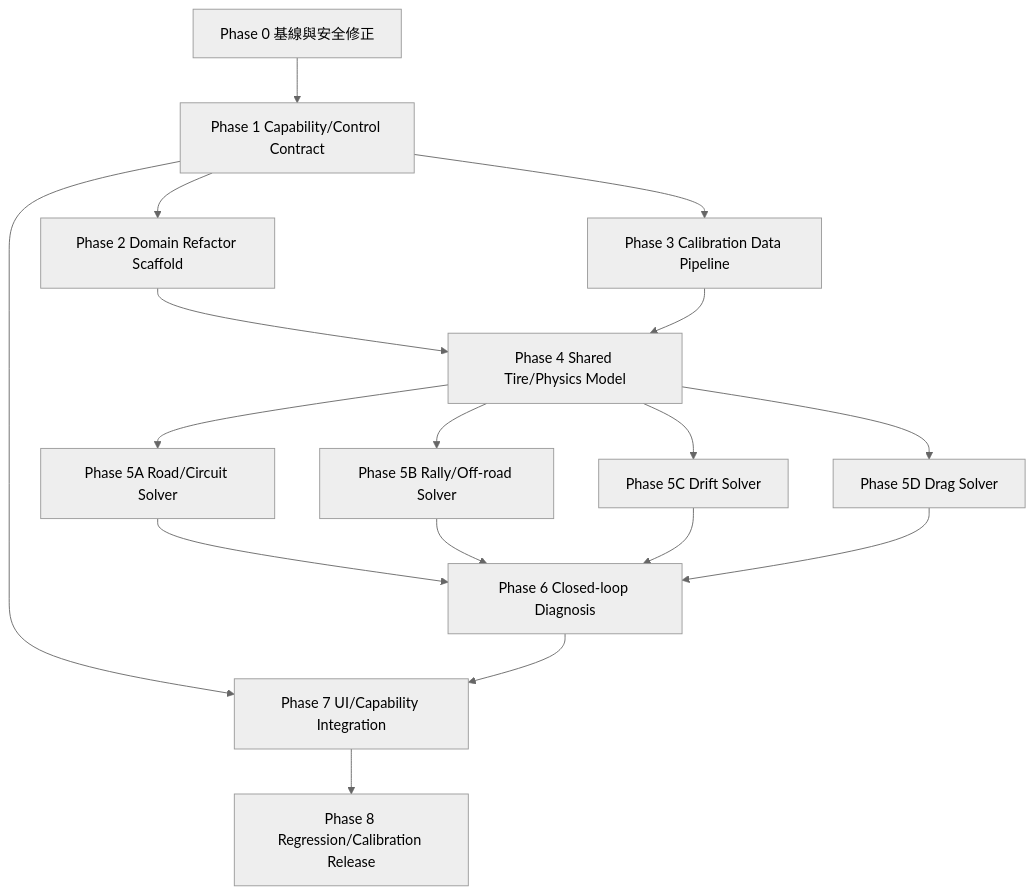
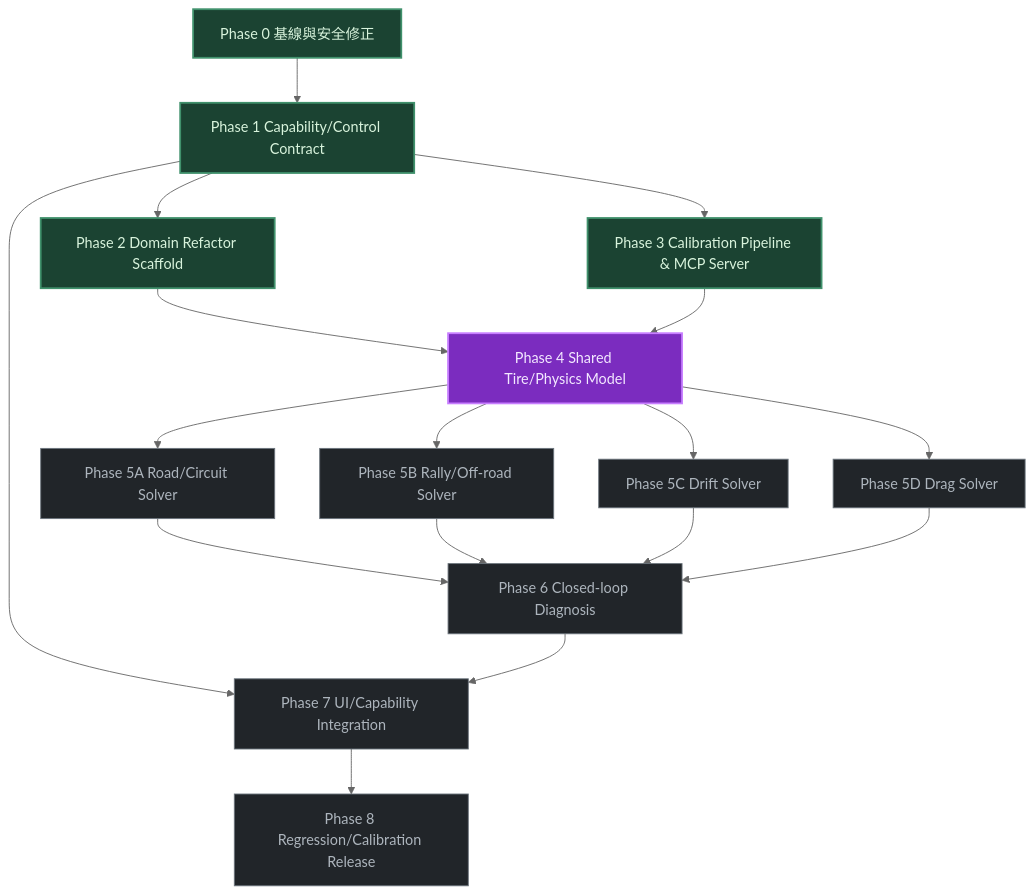
One commit to eddie772tw/FH6-HorizonTuner changed the diagram in docs/tuning-math-implementation-roadmap.md. Above: the diagram before and after it, drawn with Mermaid (neutral theme). The commit also changed other lines of this file and 4 other files, not shown here.

Commit message:
docs: update tuning roadmap, handoff, and MCP evaluation with Gemini/Antigravity completion records

````diff
--- a/docs/tuning-math-implementation-roadmap.md
+++ b/docs/tuning-math-implementation-roadmap.md
@@ -18,19 +19,23 @@
 ```mermaid
 flowchart TD
-  P0[Phase 0 基線與安全修正] --> P1[Phase 1 Capability/Control Contract]
-  P1 --> P2[Phase 2 Domain Refactor Scaffold]
-  P1 --> P3[Phase 3 Calibration Data Pipeline]
-  P2 --> P4[Phase 4 Shared Tire/Physics Model]
+  classDef done fill:#1b4332,stroke:#40916c,stroke-width:2px,color:#d8f3dc;
+  classDef active fill:#7b2cbf,stroke:#c77dff,stroke-width:2px,color:#f3e8ff;
+  classDef pending fill:#212529,stroke:#6c757d,stroke-width:1px,color:#adb5bd;
+
+  P0[Phase 0 基線與安全修正]:::done --> P1[Phase 1 Capability/Control Contract]:::done
+  P1 --> P2[Phase 2 Domain Refactor Scaffold]:::done
+  P1 --> P3[Phase 3 Calibration Pipeline & MCP Server]:::done
+  P2 --> P4[Phase 4 Shared Tire/Physics Model]:::active
   P3 --> P4
-  P4 --> R[Phase 5A Road/Circuit Solver]
-  P4 --> Y[Phase 5B Rally/Off-road Solver]
-  P4 --> D[Phase 5C Drift Solver]
-  P4 --> G[Phase 5D Drag Solver]
-  R --> P6[Phase 6 Closed-loop Diagnosis]
+  P4 --> R[Phase 5A Road/Circuit Solver]:::pending
+  P4 --> Y[Phase 5B Rally/Off-road Solver]:::pending
+  P4 --> D[Phase 5C Drift Solver]:::pending
+  P4 --> G[Phase 5D Drag Solver]:::pending
+  R --> P6[Phase 6 Closed-loop Diagnosis]:::pending
   Y --> P6
   D --> P6
   G --> P6
-  P1 --> P7[Phase 7 UI/Capability Integration]
+  P1 --> P7[Phase 7 UI/Capability Integration]:::pending
   P6 --> P7
-  P7 --> P8[Phase 8 Regression/Calibration Release]
+  P7 --> P8[Phase 8 Regression/Calibration Release]:::pending
 ```
````
